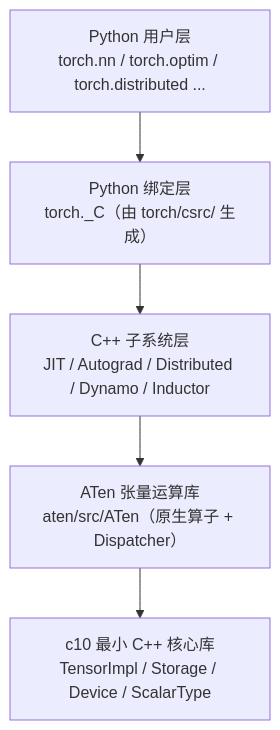
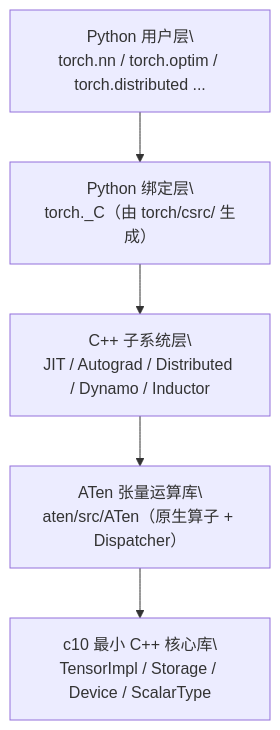
One commit to stevexiaofei/second-brain changed the diagram in docs/knowledge/pytorch/pytorch-architecture.md. Above: the diagram before and after it, drawn with Mermaid. The commit also changed 14 other files, not shown here.

First line of the commit message:
docs: bump mermaid font sizes and replace <br/> with real newlines

````diff
--- a/docs/knowledge/pytorch/pytorch-architecture.md
+++ b/docs/knowledge/pytorch/pytorch-architecture.md
@@ -26,12 +26,17 @@
 ```mermaid
 graph TD
-    L5["Python 用户层<br/>torch.nn / torch.optim / torch.distributed ..."]
-    L4["Python 绑定层<br/>torch._C（由 torch/csrc/ 生成）"]
-    L3["C++ 子系统层<br/>JIT / Autograd / Distributed / Dynamo / Inductor"]
-    L2["ATen 张量运算库<br/>aten/src/ATen（原生算子 + Dispatcher）"]
-    L1["c10 最小 C++ 核心库<br/>TensorImpl / Storage / Device / ScalarType"]
+    L5["Python 用户层\
+torch.nn / torch.optim / torch.distributed ..."]
+    L4["Python 绑定层\
+torch._C（由 torch/csrc/ 生成）"]
+    L3["C++ 子系统层\
+JIT / Autograd / Distributed / Dynamo / Inductor"]
+    L2["ATen 张量运算库\
+aten/src/ATen（原生算子 + Dispatcher）"]
+    L1["c10 最小 C++ 核心库\
+TensorImpl / Storage / Device / ScalarType"]
     L5 --> L4
     L4 --> L3
     L3 --> L2
     L2 --> L1
 ```
````
